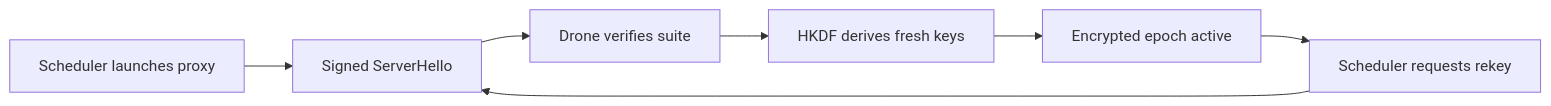
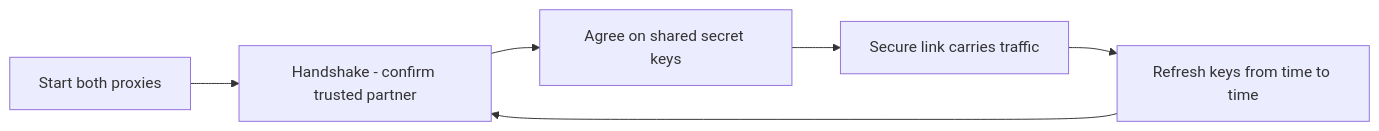
One commit to Kamalbura/research changed the fourth of 16 diagrams in diagrames.md. Above: the diagram before and after it, drawn with Mermaid. The commit also changed other lines of this file, not shown here.

````diff
--- a/diagrames.md
+++ b/diagrames.md
@@ -96,12 +139,11 @@
 ```mermaid
 flowchart LR
-    Launch[Scheduler launches proxy]
-    Hello[Signed ServerHello]
-    Verify[Drone verifies suite]
-    HKDF[HKDF derives fresh keys]
-    Secure[Encrypted epoch active]
-    Rekey[Scheduler requests rekey]
+    Start[Start both proxies]
+    Handshake[Handshake - confirm trusted partner]
+    Keys[Agree on shared secret keys]
+    SecureLink[Secure link carries traffic]
+    Refresh[Refresh keys from time to time]
 
-    Launch --> Hello --> Verify --> HKDF --> Secure
-    Secure --> Rekey --> Hello
+    Start --> Handshake --> Keys --> SecureLink
+    SecureLink --> Refresh --> Handshake
 ```
````
